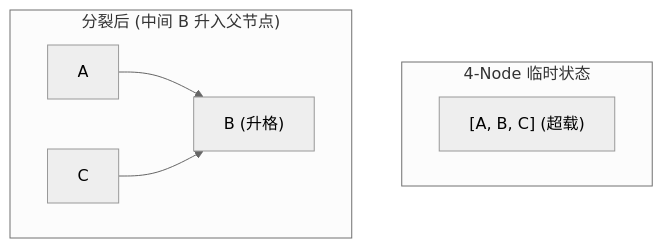
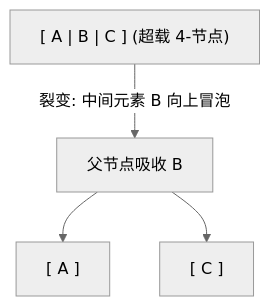
One commit to easonlines2007/easonlin-blog changed the second of 2 diagrams in src/content/notes/CS61B/lecture-17.md. Above: the diagram before and after it, drawn with Mermaid (neutral theme). The commit also changed other lines of this file and 230 other files, not shown here.

````diff
--- a/src/content/notes/CS61B/lecture-17.md
+++ b/src/content/notes/CS61B/lecture-17.md
@@ -65,11 +77,6 @@
 ```mermaid
-graph TD
-    subgraph 4-Node 临时状态
-        OVER["[A, B, C] (超载)"]
-    end
-    subgraph splitNode["分裂后 (中间 B 升入父节点)"]
-        P["B (升格)"]
-        LA["A"] --> P
-        RC["C"] --> P
-    end
+flowchart TD
+    T4["[ A | B | C ] (超载 4-节点)"] -->|"裂变: 中间元素 B 向上冒泡"| Root["父节点吸收 B"]
+    Root --> LeftNode["[ A ]"]
+    Root --> RightNode["[ C ]"]
 ```
````
